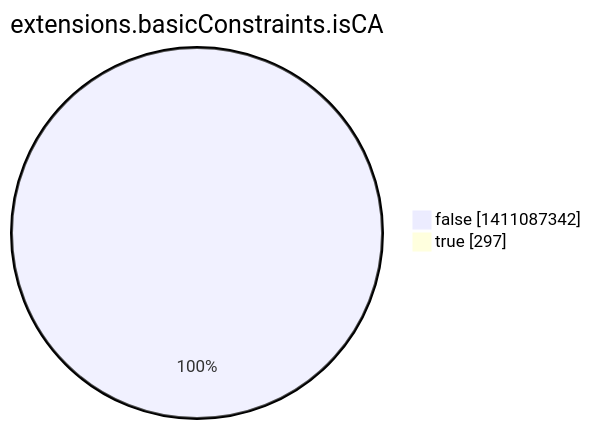
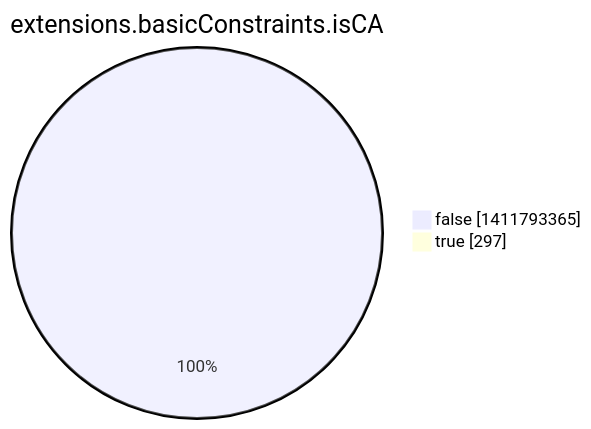
The eighth of 15 diagrams in argon2022/README.md (christiankrug/ctmonitor_visualization), drawn with Mermaid before and after one commit. The commit also changed other lines of this file, not shown here.

````diff
--- a/argon2022/README.md
+++ b/argon2022/README.md
@@ -2760,6 +2760,6 @@
 ```mermaid
 pie showData
 title extensions.basicConstraints.isCA
-"false" :1411087342
+"false" :1411793365
 "true" :297
 ```
````
